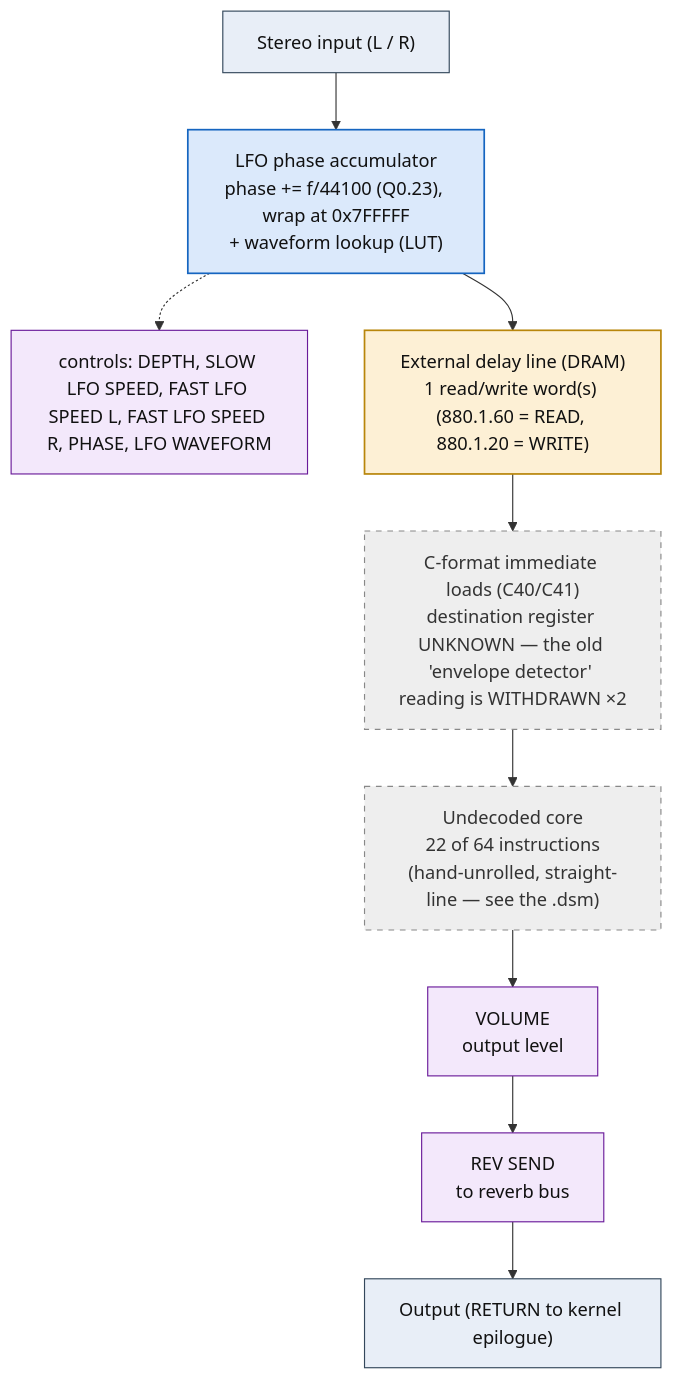
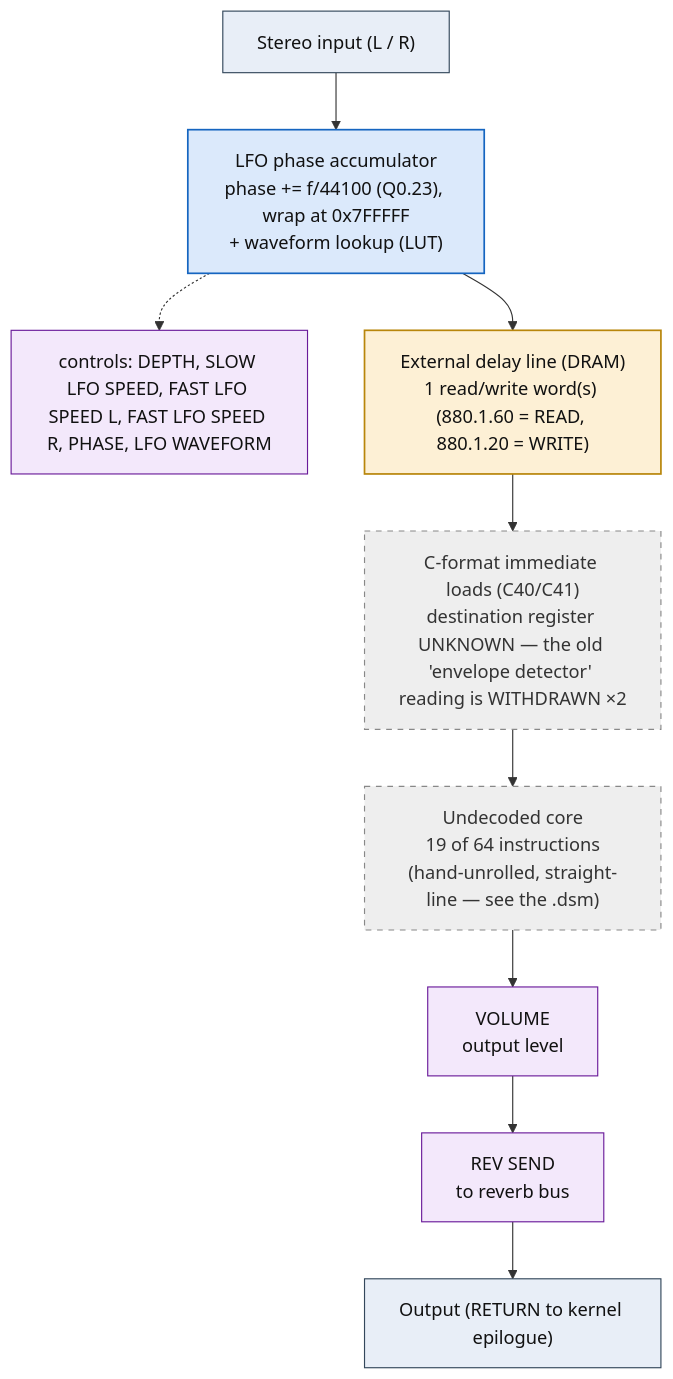
The diagram in dsp/flowcharts/prog56_mix_up.md (ArqueologiaDigital/kn5000-roms-disasm), drawn with Mermaid before and after one commit. The commit also changed other lines of this file and 78 other files, not shown here.

````diff
--- a/dsp/flowcharts/prog56_mix_up.md
+++ b/dsp/flowcharts/prog56_mix_up.md
@@ -12,32 +12,32 @@
 ```mermaid
 flowchart TD
     N0["Stereo input (L / R)"]
     N1["LFO phase accumulator<br/>phase += f/44100 (Q0.23), wrap at 0x7FFFFF<br/>+ waveform lookup (LUT)"]
     N0 --> N1
     N2["controls: DEPTH, SLOW LFO SPEED, FAST LFO SPEED L, FAST LFO SPEED R, PHASE, LFO WAVEFORM"]
     N1 -.-> N2
     N3["External delay line (DRAM)<br/>1 read/write word(s) (880.1.60 = READ, 880.1.20 = WRITE)"]
     N1 --> N3
     N4["C-format immediate loads (C40/C41)<br/>destination register UNKNOWN &mdash; the old 'envelope detector' reading is WITHDRAWN &times;2"]
     N3 --> N4
-    N5["Undecoded core<br/>22 of 64 instructions<br/>(hand-unrolled, straight-line &mdash; see the .dsm)"]
+    N5["Undecoded core<br/>19 of 64 instructions<br/>(hand-unrolled, straight-line &mdash; see the .dsm)"]
     N4 --> N5
     N6["VOLUME<br/>output level"]
     N5 --> N6
     N7["REV SEND<br/>to reverb bus"]
     N6 --> N7
     N8["Output (RETURN to kernel epilogue)"]
     N7 --> N8
 
     classDef io fill:#e8eef7,stroke:#33475b,stroke-width:1px,color:#111;
     classDef proven fill:#d7f0d7,stroke:#2e7d32,stroke-width:2px,color:#111;
     classDef measured fill:#dbe9fb,stroke:#1565c0,stroke-width:1.5px,color:#111;
     classDef inferred fill:#fdf0d5,stroke:#b8860b,stroke-width:1.5px,color:#111;
     classDef open fill:#eeeeee,stroke:#888,stroke-width:1px,color:#333,stroke-dasharray:5 5;
     classDef ctrl fill:#f3e8fb,stroke:#6a1b9a,stroke-width:1px,color:#111;
     class N0,N8 io;
     class N1 measured;
     class N2,N6,N7 ctrl;
     class N3 inferred;
     class N4,N5 open;
 ```
````
